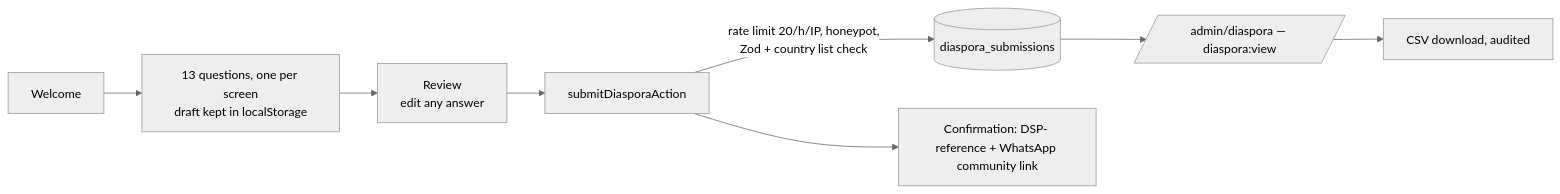
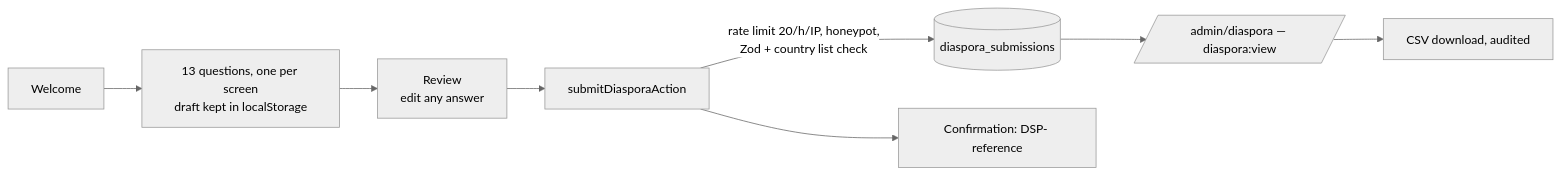
One commit to E310-Tech-Team/mmpraise-registration changed the sixth of 6 diagrams in docs/03-App-Flow.md. Above: the diagram before and after it, drawn with Mermaid (neutral theme). The commit also changed 4 other files, not shown here.

First line of the commit message:
fix(diaspora): remove the WhatsApp community invite

````diff
--- a/docs/03-App-Flow.md
+++ b/docs/03-App-Flow.md
@@ -168,7 +168,7 @@
 ```mermaid
 flowchart LR
   W[Welcome] --> Q[13 questions, one per screen<br/>draft kept in localStorage] --> R[Review<br/>edit any answer] --> S[submitDiasporaAction]
   S -->|rate limit 20/h/IP, honeypot,<br/>Zod + country list check| DB[(diaspora_submissions)]
-  S --> C[Confirmation: DSP- reference + WhatsApp community link]
+  S --> C[Confirmation: DSP- reference]
   DB --> A[/admin/diaspora — diaspora:view/] --> X[CSV download, audited]
 ```
````
